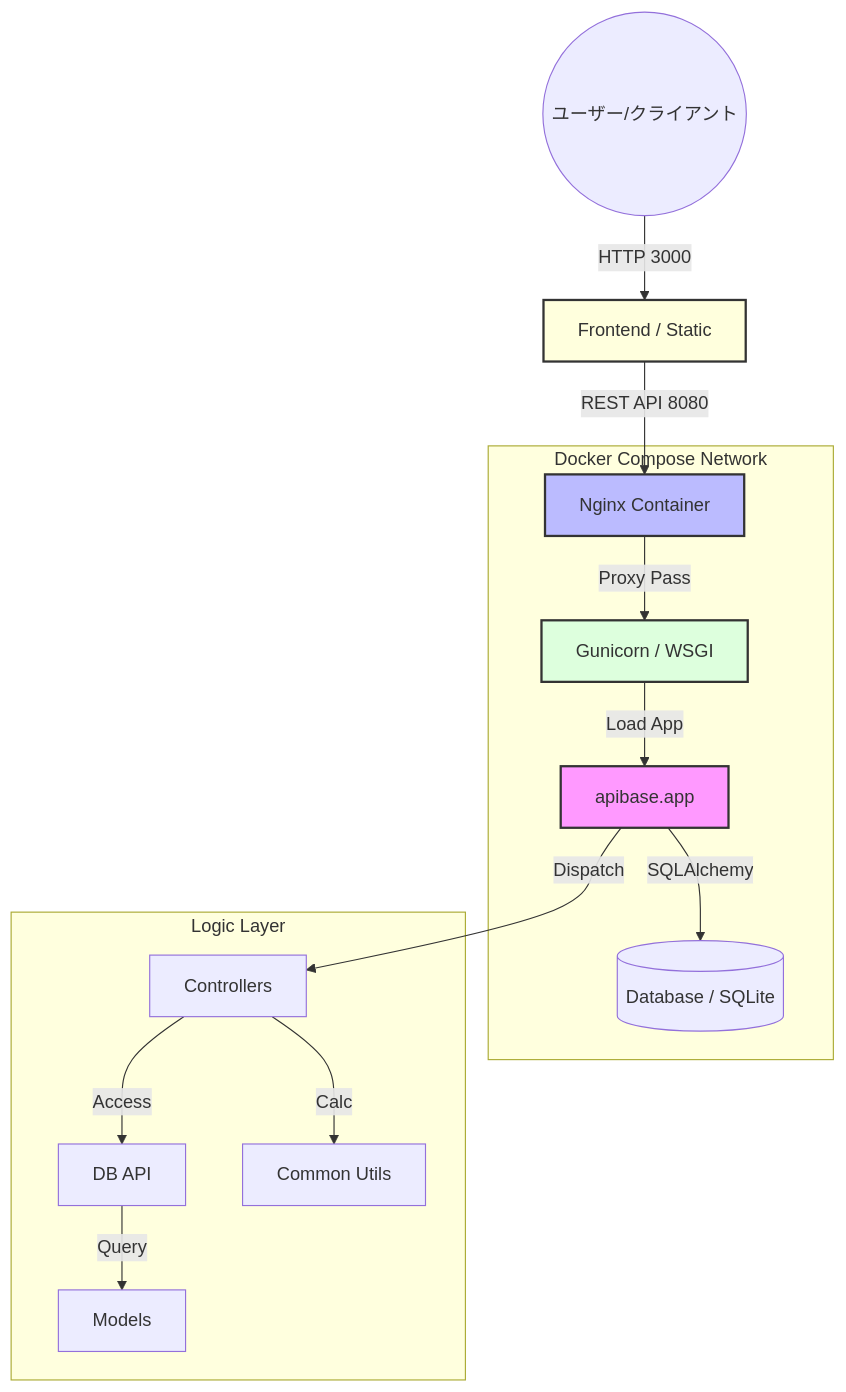
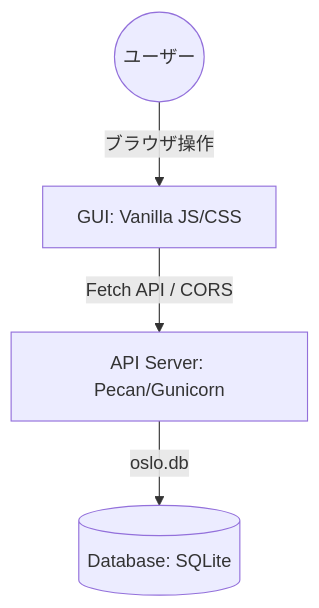
The first of 2 diagrams in docs/ARCHITECTURE.md (knishi/calorie-mgmt-api), drawn with Mermaid before and after one commit. The commit also changed other lines of this file and 6 other files, not shown here.

Commit message:
test: Implement Playwright GUI end-to-end tests, adding API and GUI server fixtures, dynamic API port configuration, and database connection flexibility.

````diff
--- a/docs/ARCHITECTURE.md
+++ b/docs/ARCHITECTURE.md
@@ -9,23 +10,6 @@
 ```mermaid
 graph TD
-    User((ユーザー/クライアント)) -->|HTTP 3000| GUI[Frontend / Static]
-    GUI -->|REST API 8080| Nginx[Nginx Container]
-    
-    subgraph "Docker Compose Network"
-        Nginx -->|Proxy Pass| Gunicorn[Gunicorn / WSGI]
-        Gunicorn -->|Load App| App[apibase.app]
-        App -->|SQLAlchemy| DB[(Database / SQLite)]
-    end
-    
-    subgraph "Logic Layer"
-        App -->|Dispatch| Controllers[Controllers]
-        Controllers -->|Access| DBApi[DB API]
-        Controllers -->|Calc| Utils[Common Utils]
-        DBApi -->|Query| Models[Models]
-    end
-
-    style GUI fill:#ffd,stroke:#333,stroke-width:2px
-    style App fill:#f9f,stroke:#333,stroke-width:2px
-    style Nginx fill:#bbf,stroke:#333,stroke-width:2px
-    style Gunicorn fill:#dfd,stroke:#333,stroke-width:2px
+    User((ユーザー)) -->|ブラウザ操作| GUI[GUI: Vanilla JS/CSS]
+    GUI -->|Fetch API / CORS| API[API Server: Pecan/Gunicorn]
+    API -->|oslo.db| DB[(Database: SQLite)]
 ```
````
